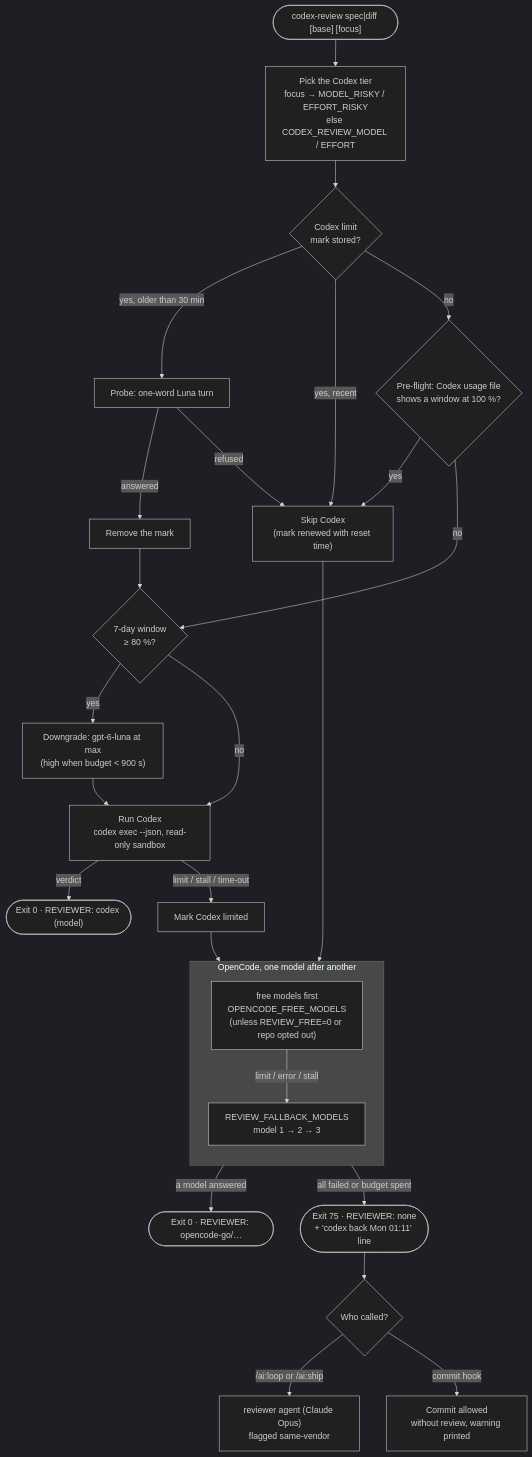
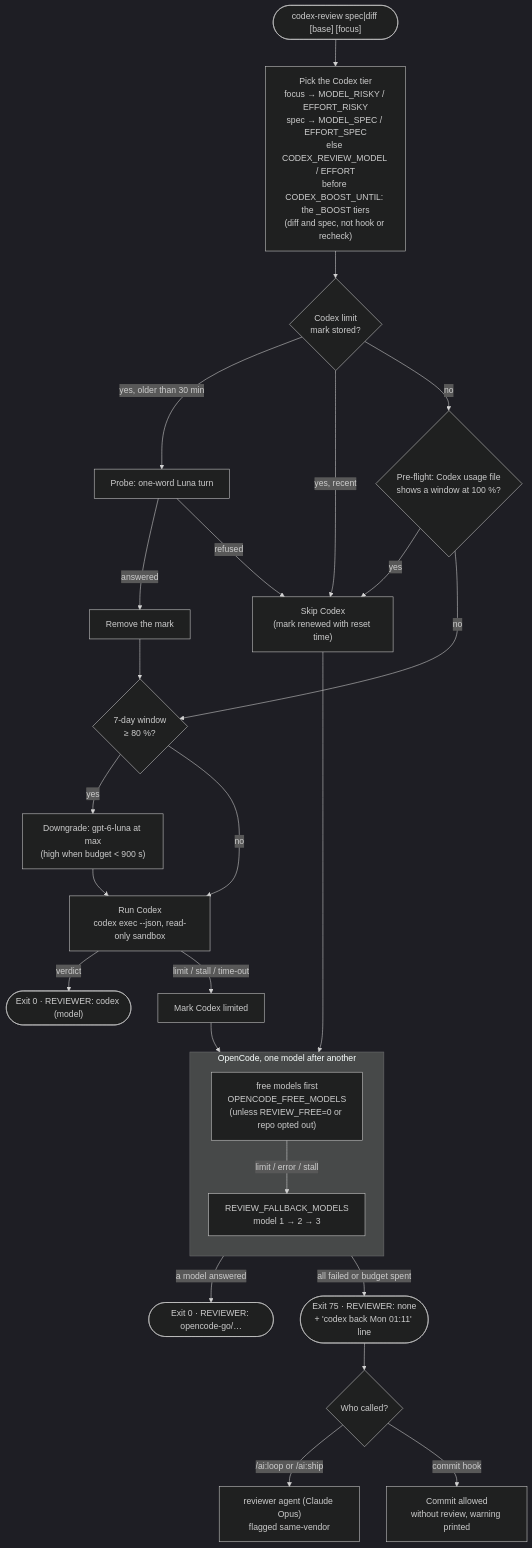
One commit to mrkpatchaa/dotfiles changed the fourth of 9 diagrams in claude/ARCHITECTURE.md. Above: the diagram before and after it, drawn with Mermaid (dark theme). The commit also changed 4 other files, not shown here.

First line of the commit message:
feat(ai): Codex boost tiers until 1 Nov (0.21.0)

````diff
--- a/claude/ARCHITECTURE.md
+++ b/claude/ARCHITECTURE.md
@@ -151,28 +151,28 @@
 ```mermaid
 flowchart TD
-  START(["codex-review spec|diff [base] [focus]"]) --> TIER["Pick the Codex tier<br/>focus → MODEL_RISKY / EFFORT_RISKY<br/>else CODEX_REVIEW_MODEL / EFFORT"]
+  START(["codex-review spec|diff [base] [focus]"]) --> TIER["Pick the Codex tier<br/>focus → MODEL_RISKY / EFFORT_RISKY<br/>spec → MODEL_SPEC / EFFORT_SPEC<br/>else CODEX_REVIEW_MODEL / EFFORT<br/>before CODEX_BOOST_UNTIL: the _BOOST tiers<br/>(diff and spec, not hook or recheck)"]
   TIER --> MARK{"Codex limit<br/>mark stored?"}
   MARK -->|"yes, older than 30 min"| PROBE["Probe: one-word Luna turn"]
   PROBE -->|answered| CLEAR["Remove the mark"] --> WEEK
   PROBE -->|"refused"| SKIPC["Skip Codex<br/>(mark renewed with reset time)"]
   MARK -->|"yes, recent"| SKIPC
   MARK -->|no| PRE{"Pre-flight: Codex usage file<br/>shows a window at 100 %?"}
   PRE -->|yes| SKIPC
   PRE -->|no| WEEK{"7-day window<br/>≥ 80 %?"}
   WEEK -->|yes| DOWN["Downgrade: gpt-6-luna at max<br/>(high when budget < 900 s)"] --> RUNC
   WEEK -->|no| RUNC["Run Codex<br/>codex exec --json, read-only sandbox"]
   RUNC -->|verdict| OK(["Exit 0 · REVIEWER: codex (model)"])
   RUNC -->|"limit / stall / time-out"| MARKC["Mark Codex limited"] --> OCLOOP
   SKIPC --> OCLOOP
 
   subgraph OCLOOP["OpenCode, one model after another"]
     direction TB
     FR["free models first<br/>OPENCODE_FREE_MODELS<br/>(unless REVIEW_FREE=0 or repo opted out)"] -->|"limit / error / stall"| O1["REVIEW_FALLBACK_MODELS<br/>model 1 → 2 → 3"]
   end
   OCLOOP -->|"a model answered"| OK2(["Exit 0 · REVIEWER: opencode-go/…"])
   OCLOOP -->|"all failed or budget spent"| E75(["Exit 75 · REVIEWER: none<br/>+ 'codex back Mon 01:11' line"])
 
   E75 --> WHO{"Who called?"}
   WHO -->|"/ai:loop or /ai:ship"| CL["reviewer agent (Claude Opus)<br/>flagged same-vendor"]
   WHO -->|"commit hook"| LET["Commit allowed<br/>without review, warning printed"]
 ```
````
